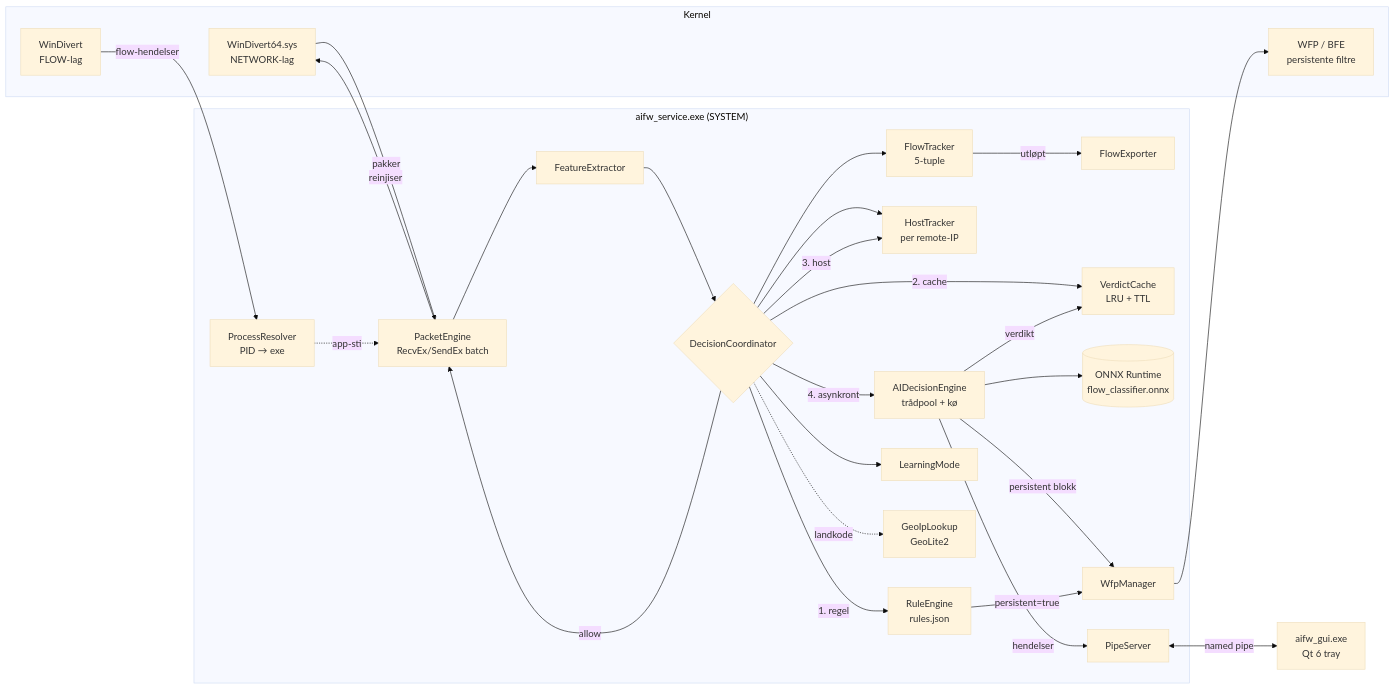
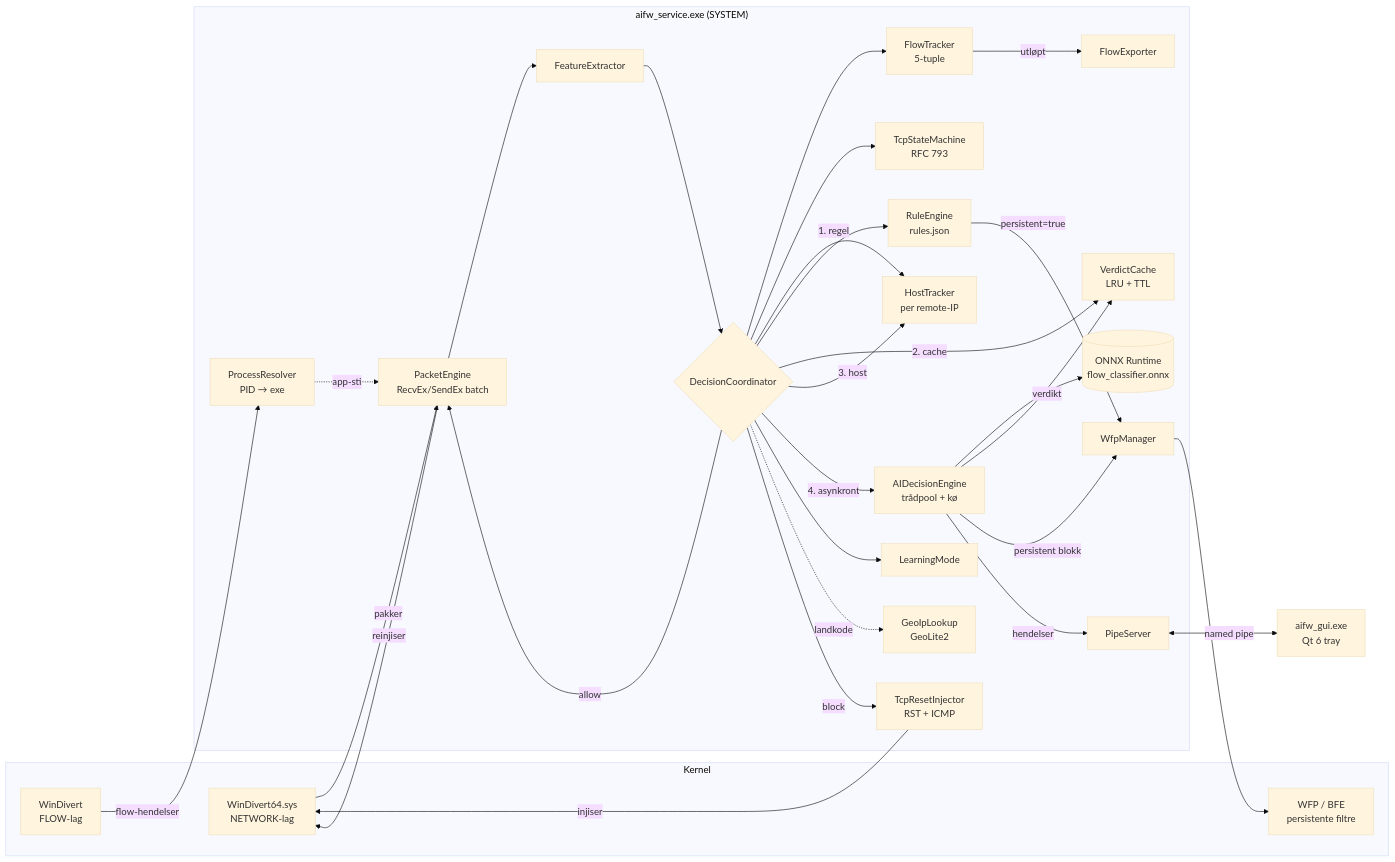
One commit to GizzZmo/ai-firewall changed the diagram in README.md. Above: the diagram before and after it, drawn with Mermaid (base theme). The commit also changed other lines of this file, not shown here.

Commit message:
docs: oppdater README med TCP State Machine, forbedret RST/ICMP og IPv6 extension header-støtte

````diff
--- a/README.md
+++ b/README.md
@@ -34,47 +36,51 @@
 ```mermaid
 flowchart LR
     subgraph Kernel
         WD[WinDivert64.sys<br/>NETWORK-lag]
         WDF[WinDivert<br/>FLOW-lag]
         BFE[WFP / BFE<br/>persistente filtre]
     end
 
     subgraph Service["aifw_service.exe (SYSTEM)"]
         PE[PacketEngine<br/>RecvEx/SendEx batch]
         PR[ProcessResolver<br/>PID → exe]
         FX[FeatureExtractor]
         FT[FlowTracker<br/>5-tuple]
+        TSM[TcpStateMachine<br/>RFC 793]
         HT[HostTracker<br/>per remote-IP]
         FE[FlowExporter]
         DC{DecisionCoordinator}
         RE[RuleEngine<br/>rules.json]
         VC[VerdictCache<br/>LRU + TTL]
         AI[AIDecisionEngine<br/>trådpool + kø]
         OX[(ONNX Runtime<br/>flow_classifier.onnx)]
         LM[LearningMode]
         WM[WfpManager]
         PS[PipeServer]
         GEO[GeoIpLookup<br/>GeoLite2]
+        RST[TcpResetInjector<br/>RST + ICMP]
     end
 
     GUI[aifw_gui.exe<br/>Qt 6 tray]
 
     WD -- pakker --> PE
     WDF -- flow-hendelser --> PR
     PR -. app-sti .-> PE
     PE --> FX --> DC
     DC --> FT
+    DC --> TSM
     DC --> HT
     FT -- utløpt --> FE
     DC -- 1. regel --> RE
     DC -- 2. cache --> VC
     DC -- 3. host --> HT
     DC -- 4. asynkront --> AI --> OX
     AI -- verdikt --> VC
     DC --> LM
     DC -. landkode .-> GEO
     AI -- persistent blokk --> WM --> BFE
     RE -- persistent=true --> WM
     DC -- allow --> PE -- reinjiser --> WD
+    DC -- block --> RST -- injiser --> WD
     AI -- hendelser --> PS <-- named pipe --> GUI
 ```
````
